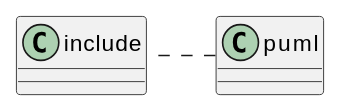
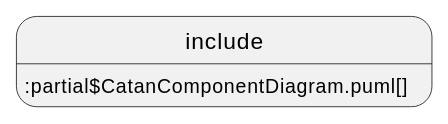
Before and after one commit to Bobinho44/PROJET_OOAD_M1: the diagram in catan-doc/modules/composants/pages/composants.adoc, drawn with PlantUML.

```diff
--- a/catan-doc/modules/composants/pages/composants.adoc
+++ b/catan-doc/modules/composants/pages/composants.adoc
@@ -12,4 +12,4 @@
 [plantuml]
 ....
-include::partial$CatanComponentDiagram.puml
+include::partial$CatanComponentDiagram.puml[]
 ....
```
